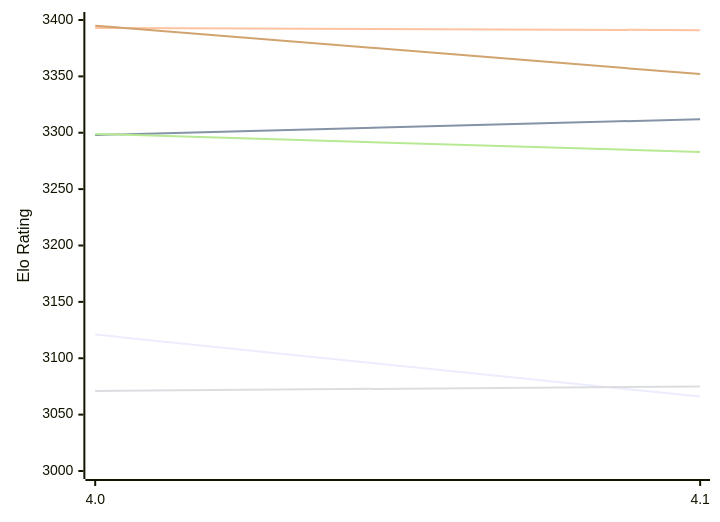
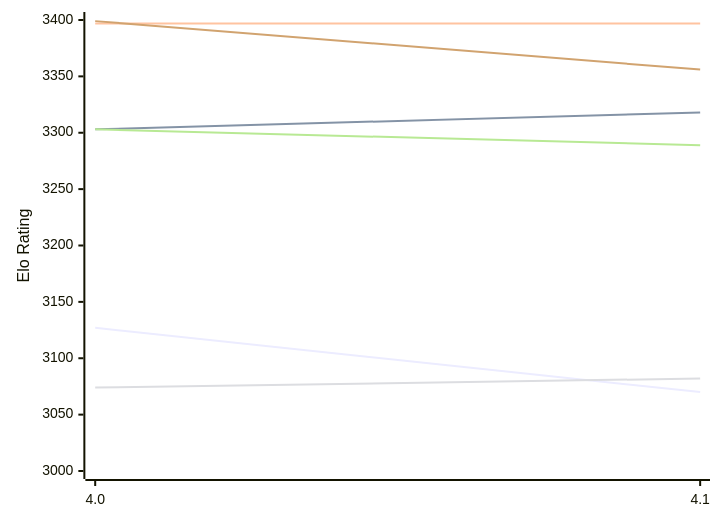
One commit to computer-chess-index/cci changed the first of 2 diagrams in engines/Petrel.md. Above: the diagram before and after it, drawn with Mermaid. The commit also changed other lines of this file, not shown here.

Commit message:
Update CCI Ratings (ELO VLTC) - 2026-11-20

````diff
--- a/engines/Petrel.md
+++ b/engines/Petrel.md
@@ -57,12 +57,12 @@
 ```mermaid
 %%{init: {"theme":"base","themeVariables":{"seriesColors:['#a3a3a3','#222221','#faa371']}}}%%
 xychart-beta
   x-axis ["4.0", "4.1"]
   y-axis "Elo Rating" 3000 --> 3400
-  line "E1: STC (8.0+0.08s)" [3121, 3066]
-  line "E1: LTC (60.0+0.60s)" [3298, 3312]
-  line "E1: VLTC (2m24s+1.12s)" [3393, 3391]
-  line "P1: STC (8.0+0.08s)" [3071, 3075]
-  line "P1: LTC (60.0+0.60s)" [3299, 3283]
-  line "P1: VLTC (2m24s+1.12s)" [3395, 3352]
+  line "E1: STC (8.0+0.08s)" [3127, 3070]
+  line "E1: LTC (60.0+0.60s)" [3303, 3318]
+  line "E1: VLTC (2m24s+1.12s)" [3397, 3397]
+  line "P1: STC (8.0+0.08s)" [3074, 3082]
+  line "P1: LTC (60.0+0.60s)" [3303, 3289]
+  line "P1: VLTC (2m24s+1.12s)" [3399, 3356]
 ```
````
